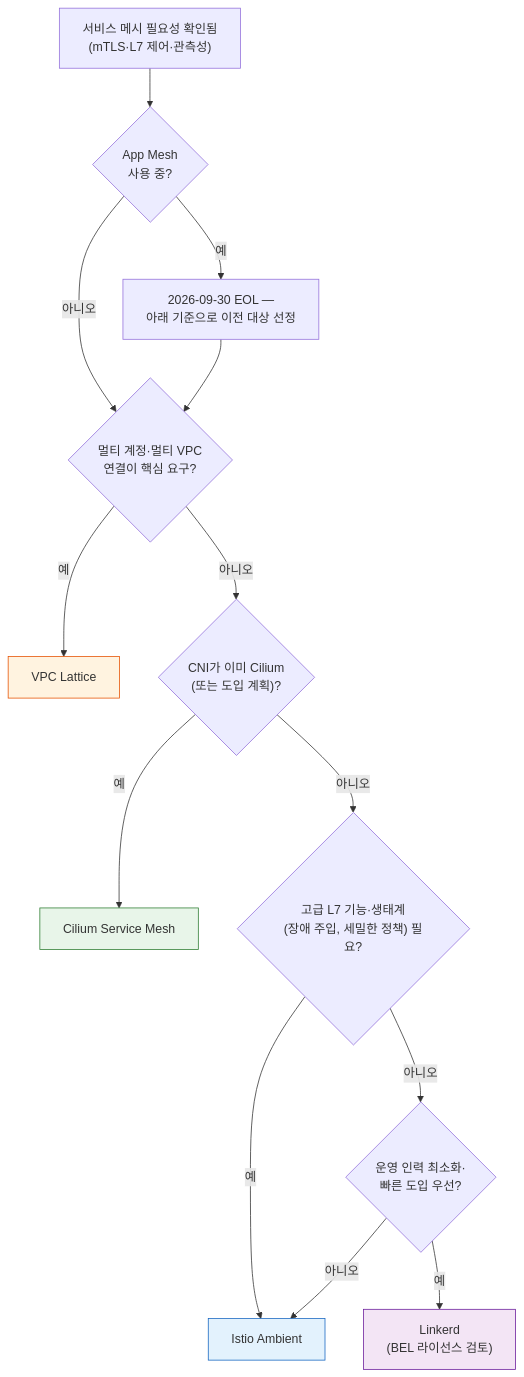
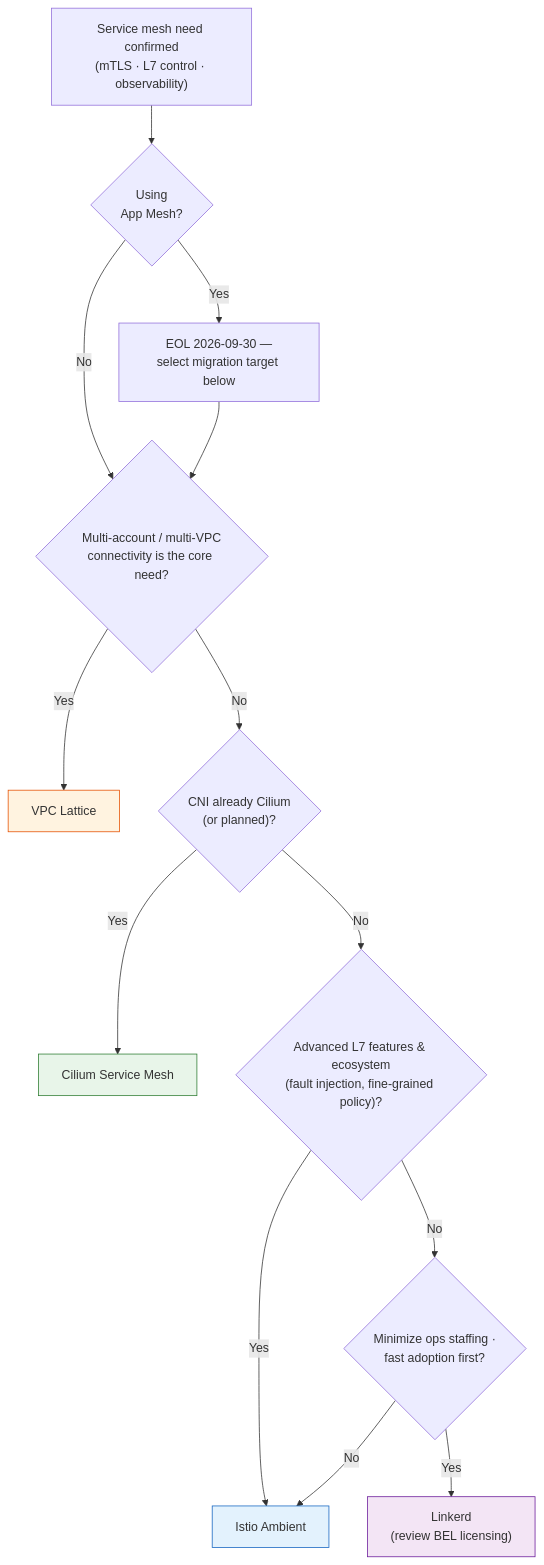
Before and after one commit to devfloor9/engineering-playbook: the second of 2 diagrams in docs/eks-best-practices/networking-performance/service-mesh/index.md, drawn with Mermaid. The commit also changed other lines of this file and 954 other files, not shown here.

````diff
--- a/docs/eks-best-practices/networking-performance/service-mesh/index.md
+++ b/docs/eks-best-practices/networking-performance/service-mesh/index.md
@@ -229,20 +229,20 @@
 ```mermaid
 flowchart TD
-    start["서비스 메시 필요성 확인됨<br/>(mTLS·L7 제어·관측성)"] --> q1{"App Mesh<br/>사용 중?"}
-    q1 -->|예| appmesh["2026-09-30 EOL —<br/>아래 기준으로 이전 대상 선정"]
-    q1 -->|아니오| q2
-    appmesh --> q2{"멀티 계정·멀티 VPC<br/>연결이 핵심 요구?"}
-    q2 -->|예| lattice["VPC Lattice"]
-    q2 -->|아니오| q3{"CNI가 이미 Cilium<br/>(또는 도입 계획)?"}
-    q3 -->|예| cilium["Cilium Service Mesh"]
-    q3 -->|아니오| q4{"고급 L7 기능·생태계<br/>(장애 주입, 세밀한 정책) 필요?"}
-    q4 -->|예| istio["Istio Ambient"]
-    q4 -->|아니오| q5{"운영 인력 최소화·<br/>빠른 도입 우선?"}
-    q5 -->|예| linkerd["Linkerd<br/>(BEL 라이선스 검토)"]
-    q5 -->|아니오| istio
+    start["Service mesh need confirmed<br/>(mTLS · L7 control · observability)"] --> q1{"Using<br/>App Mesh?"}
+    q1 -->|Yes| appmesh["EOL 2026-09-30 —<br/>select migration target below"]
+    q1 -->|No| q2
+    appmesh --> q2{"Multi-account / multi-VPC<br/>connectivity is the core need?"}
+    q2 -->|Yes| lattice["VPC Lattice"]
+    q2 -->|No| q3{"CNI already Cilium<br/>(or planned)?"}
+    q3 -->|Yes| cilium["Cilium Service Mesh"]
+    q3 -->|No| q4{"Advanced L7 features & ecosystem<br/>(fault injection, fine-grained policy)?"}
+    q4 -->|Yes| istio["Istio Ambient"]
+    q4 -->|No| q5{"Minimize ops staffing ·<br/>fast adoption first?"}
+    q5 -->|Yes| linkerd["Linkerd<br/>(review BEL licensing)"]
+    q5 -->|No| istio
 
     style lattice fill:#fff3e0,stroke:#e65100
     style cilium fill:#e8f5e9,stroke:#2e7d32
     style istio fill:#e3f2fd,stroke:#1565c0
     style linkerd fill:#f3e5f5,stroke:#6a1b9a
 ```
````
